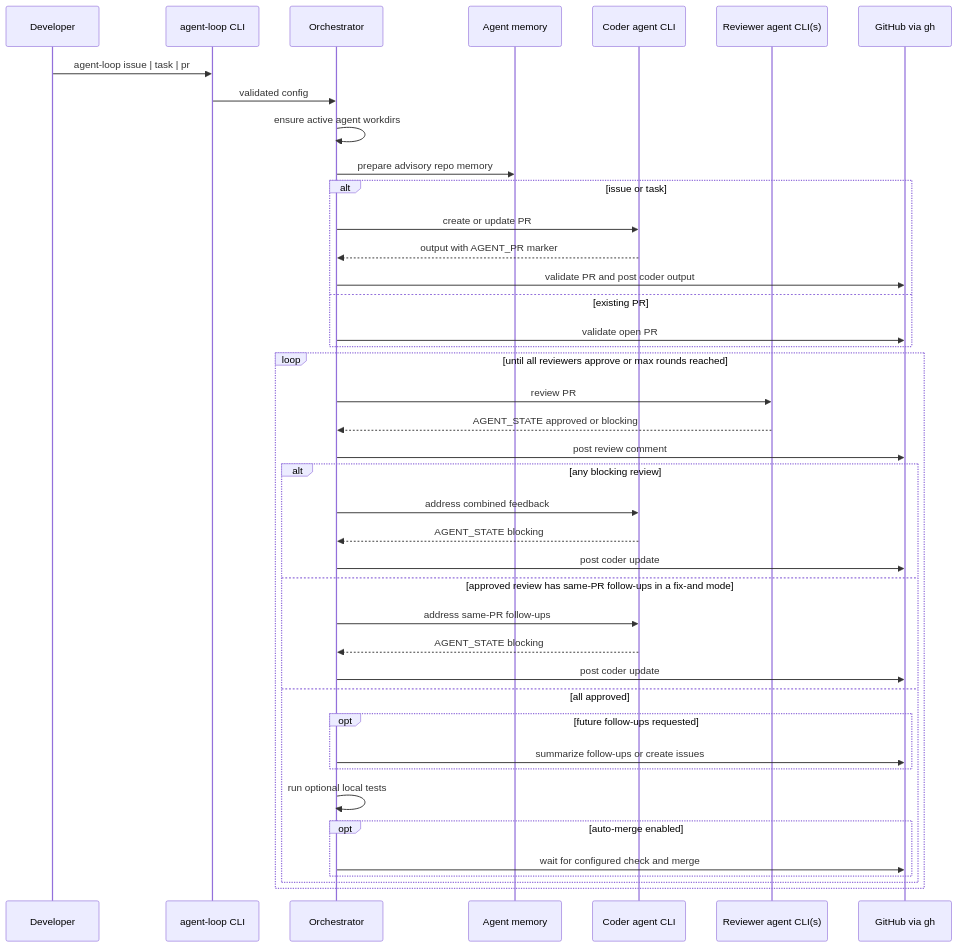
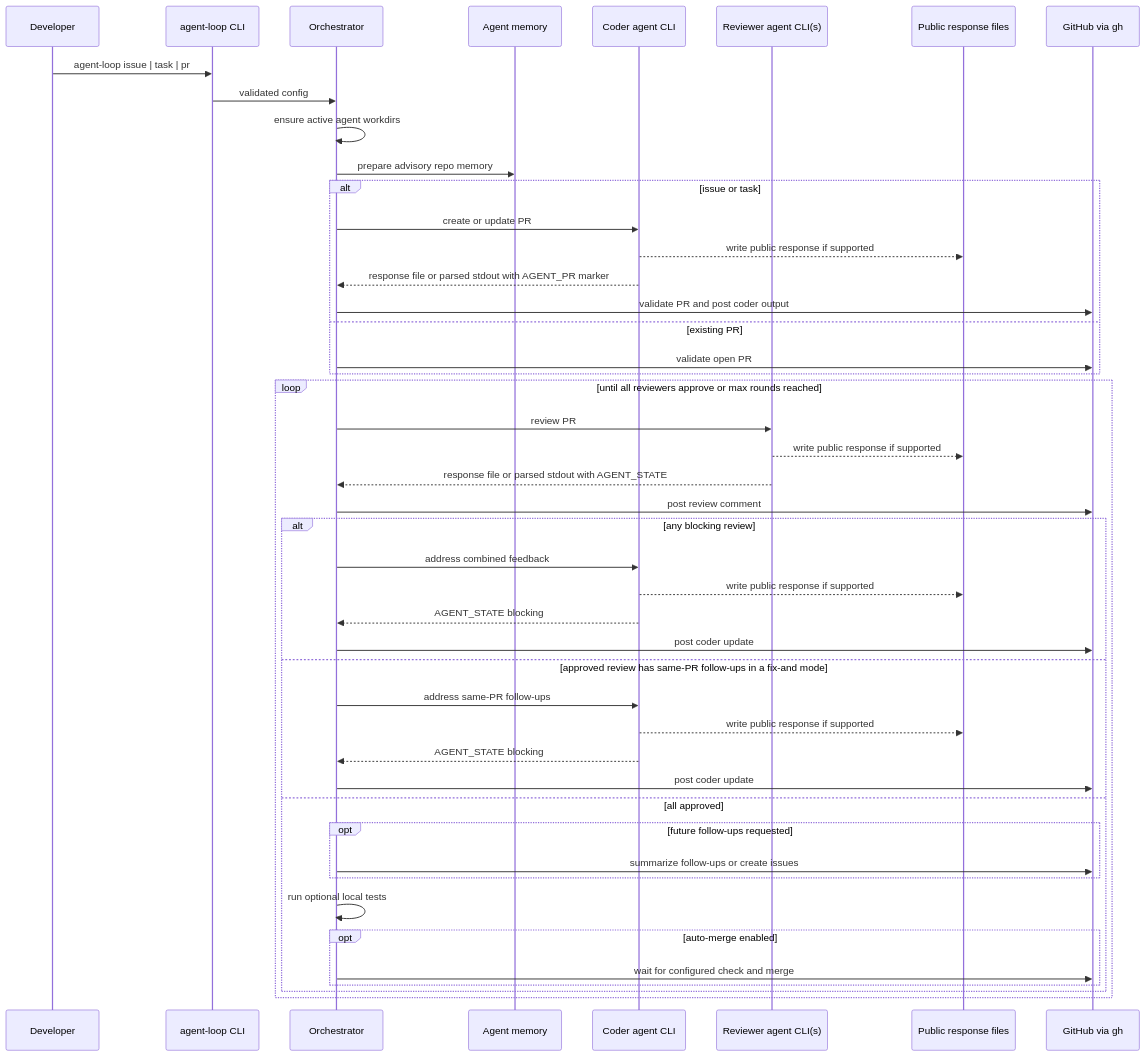
Before and after one commit to Mega-Gorilla/coding-review-agent-loop: the second of 2 diagrams in docs/local_agent_loop.md, drawn with Mermaid. The commit also changed other lines of this file, not shown here.

Commit message:
Document public response file flow

````diff
--- a/docs/local_agent_loop.md
+++ b/docs/local_agent_loop.md
@@ -62,45 +64,50 @@
 ```mermaid
 sequenceDiagram
     participant User as Developer
     participant CLI as agent-loop CLI
     participant Orch as Orchestrator
     participant Memory as Agent memory
     participant Coder as Coder agent CLI
     participant Reviewer as Reviewer agent CLI(s)
+    participant Resp as Public response files
     participant GH as GitHub via gh
 
     User->>CLI: agent-loop issue | task | pr
     CLI->>Orch: validated config
     Orch->>Orch: ensure active agent workdirs
     Orch->>Memory: prepare advisory repo memory
     alt issue or task
         Orch->>Coder: create or update PR
-        Coder-->>Orch: output with AGENT_PR marker
+        Coder-->>Resp: write public response if supported
+        Coder-->>Orch: response file or parsed stdout with AGENT_PR marker
         Orch->>GH: validate PR and post coder output
     else existing PR
         Orch->>GH: validate open PR
     end
 
     loop until all reviewers approve or max rounds reached
         Orch->>Reviewer: review PR
-        Reviewer-->>Orch: AGENT_STATE approved or blocking
+        Reviewer-->>Resp: write public response if supported
+        Reviewer-->>Orch: response file or parsed stdout with AGENT_STATE
         Orch->>GH: post review comment
         alt any blocking review
             Orch->>Coder: address combined feedback
+            Coder-->>Resp: write public response if supported
             Coder-->>Orch: AGENT_STATE blocking
             Orch->>GH: post coder update
         else approved review has same-PR follow-ups in a fix-and mode
             Orch->>Coder: address same-PR follow-ups
+            Coder-->>Resp: write public response if supported
             Coder-->>Orch: AGENT_STATE blocking
             Orch->>GH: post coder update
         else all approved
             opt future follow-ups requested
                 Orch->>GH: summarize follow-ups or create issues
             end
             Orch->>Orch: run optional local tests
             opt auto-merge enabled
                 Orch->>GH: wait for configured check and merge
             end
         end
     end
 ```
````
